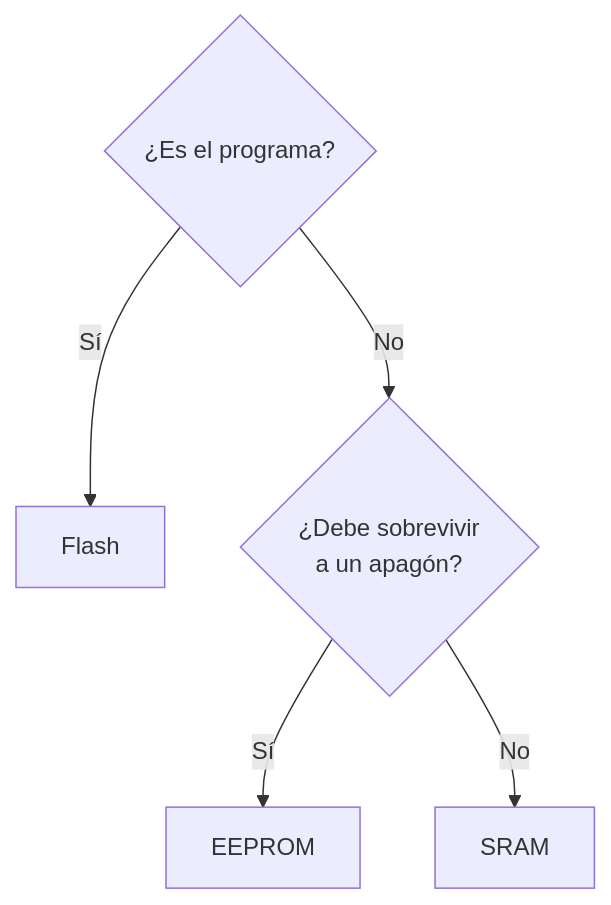
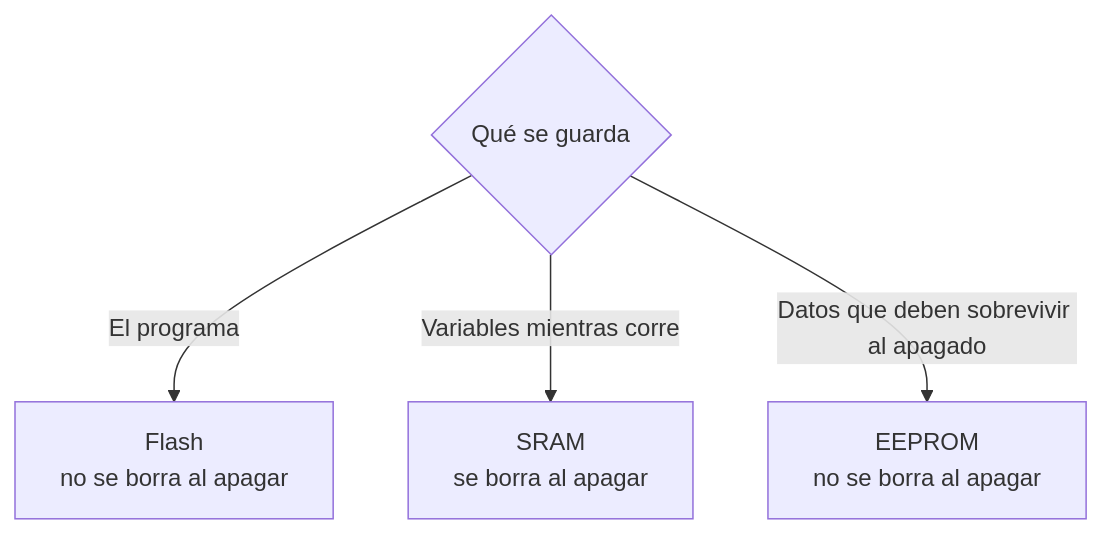
One commit to AlejandroTatum/sistemas-digitales-unl changed the ninth of 12 diagrams in unidad-1/apuntes/01-del-computador-al-microcontrolador.md. Above: the diagram before and after it, drawn with Mermaid. The commit also changed other lines of this file and 16 other files, not shown here.

````diff
--- a/unidad-1/apuntes/01-del-computador-al-microcontrolador.md
+++ b/unidad-1/apuntes/01-del-computador-al-microcontrolador.md
@@ -124,7 +137,7 @@
 ```mermaid
 flowchart TD
-    Q1{"¿Es el programa?"} -->|Sí| F["Flash"]
-    Q1 -->|No| Q2{"¿Debe sobrevivir<br/>a un apagón?"}
-    Q2 -->|Sí| E["EEPROM"]
-    Q2 -->|No| S["SRAM"]
+    Q{"Qué se guarda"}
+    Q -->|"El programa"| F["Flash<br/>no se borra al apagar"]
+    Q -->|"Variables mientras corre"| S["SRAM<br/>se borra al apagar"]
+    Q -->|"Datos que deben sobrevivir al apagado"| E["EEPROM<br/>no se borra al apagar"]
 ```
````
